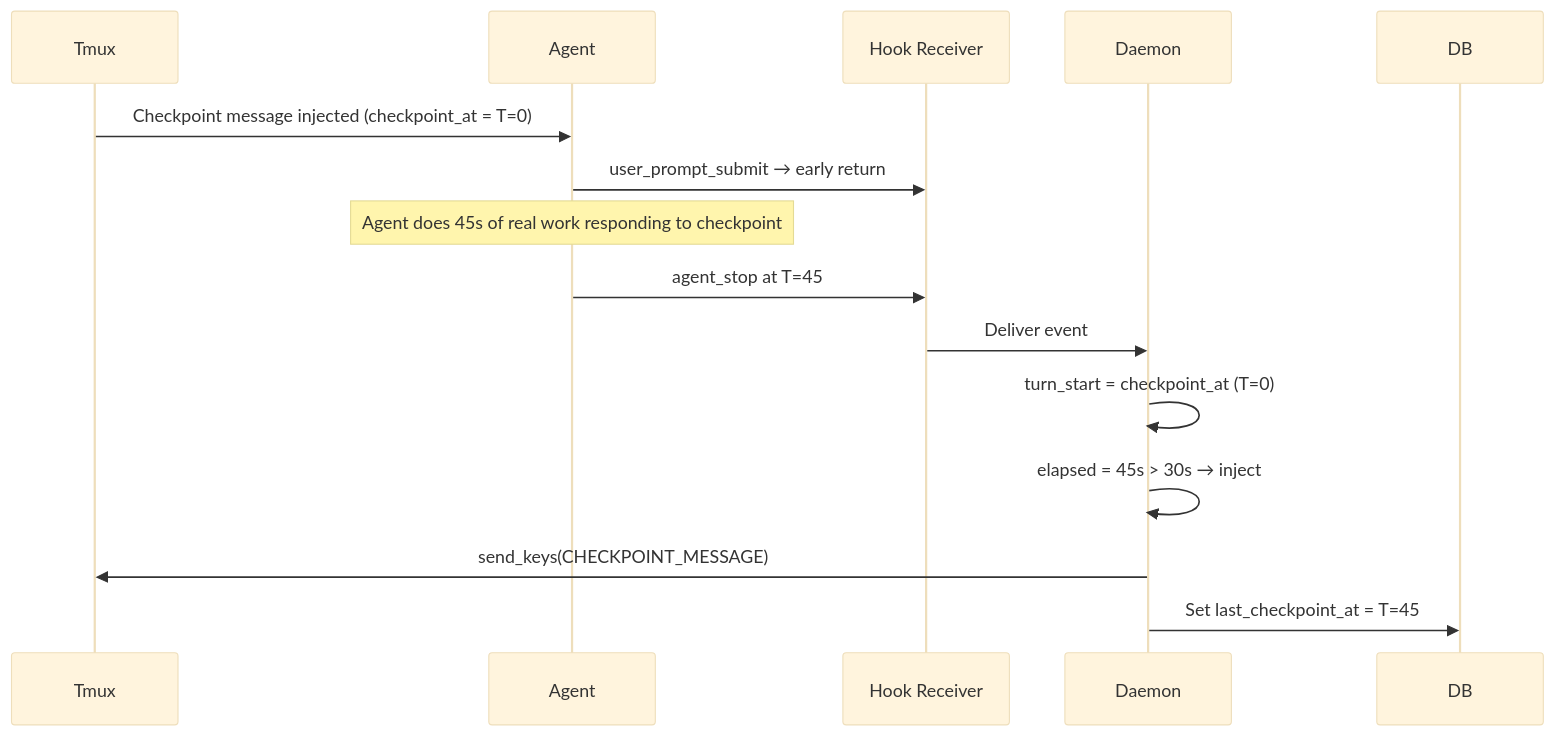
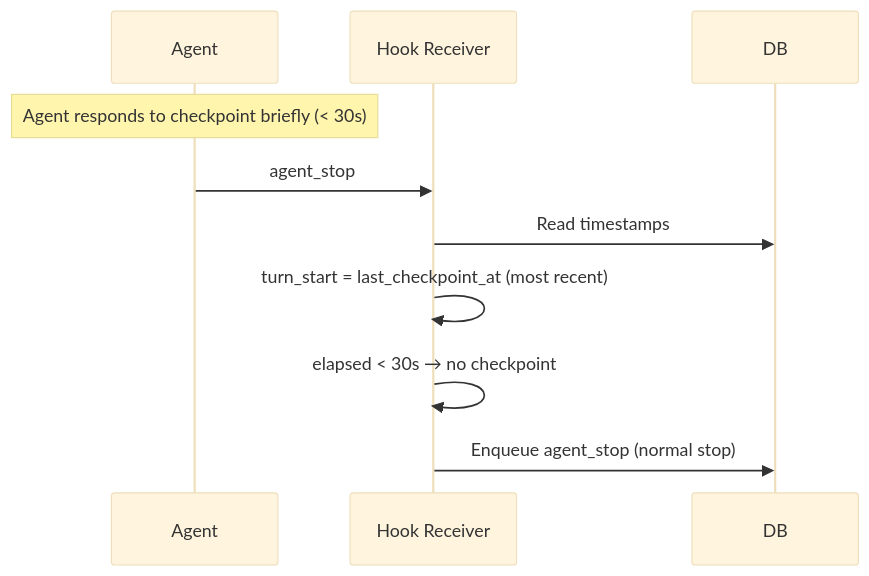
The third of 4 diagrams in docs/project/design/architecture/checkpoint-system.md (InstruktAI/TeleClaude), drawn with Mermaid (base theme) before and after one commit. The commit also changed other lines of this file and 86 other files, not shown here.

````diff
--- a/docs/project/design/architecture/checkpoint-system.md
+++ b/docs/project/design/architecture/checkpoint-system.md
@@ -102,19 +110,14 @@
 ```mermaid
 sequenceDiagram
-    participant Tmux
     participant Agent
     participant Hook as Hook Receiver
-    participant Daemon
     participant DB
 
-    Tmux->>Agent: Checkpoint message injected (checkpoint_at = T=0)
-    Agent->>Hook: user_prompt_submit → early return
-    Note over Agent: Agent does 45s of real work responding to checkpoint
+    Note over Agent: Agent responds to checkpoint briefly (< 30s)
 
-    Agent->>Hook: agent_stop at T=45
-    Hook->>Daemon: Deliver event
-    Daemon->>Daemon: turn_start = checkpoint_at (T=0)
-    Daemon->>Daemon: elapsed = 45s > 30s → inject
-    Daemon->>Tmux: send_keys(CHECKPOINT_MESSAGE)
-    Daemon->>DB: Set last_checkpoint_at = T=45
+    Agent->>Hook: agent_stop
+    Hook->>DB: Read timestamps
+    Hook->>Hook: turn_start = last_checkpoint_at (most recent)
+    Hook->>Hook: elapsed < 30s → no checkpoint
+    Hook->>DB: Enqueue agent_stop (normal stop)
 ```
````
